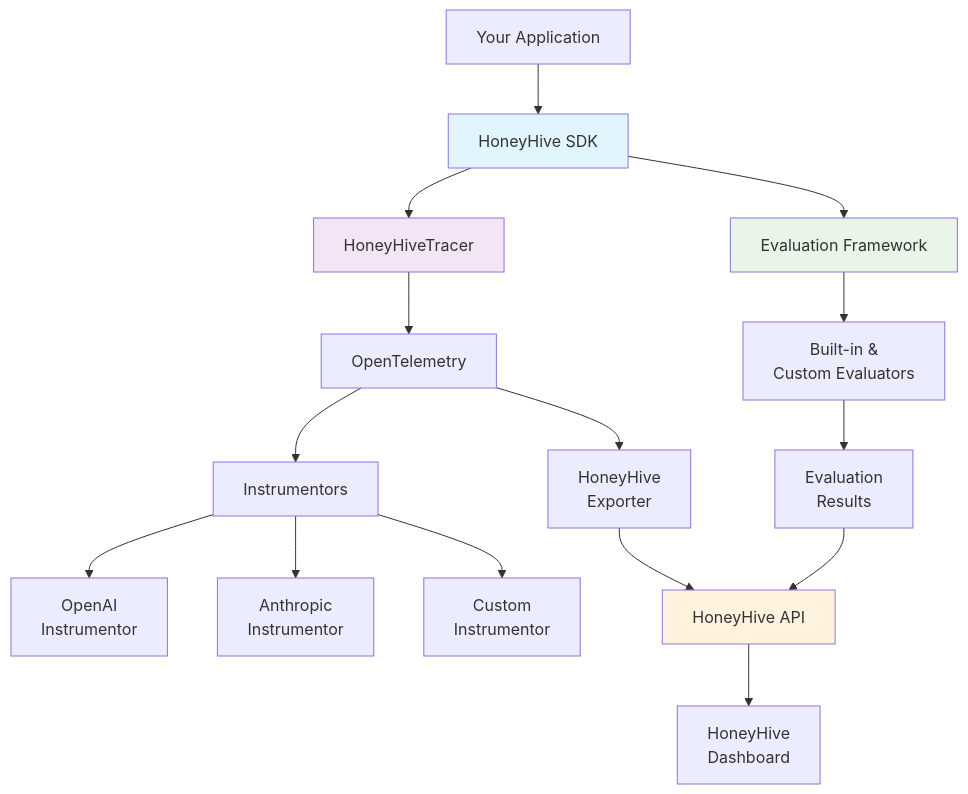
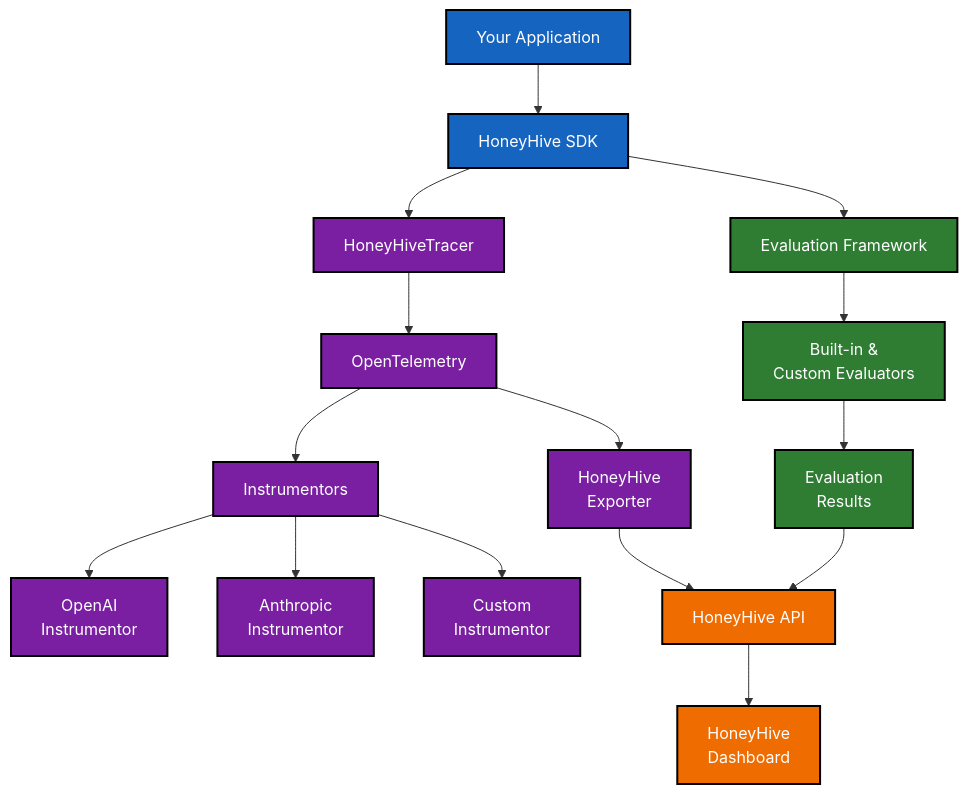
Before and after one commit to honeyhiveai/python-sdk: the first of 15 diagrams in docs/explanation/architecture/diagrams.rst, drawn with Mermaid. The commit also changed other lines of this file and 44 other files, not shown here.

```diff
--- a/docs/explanation/architecture/diagrams.rst
+++ b/docs/explanation/architecture/diagrams.rst
@@ -14,26 +11,33 @@
 .. mermaid::
 
+   %%{init: {'theme':'base', 'themeVariables': {'primaryColor': '#1565c0', 'primaryTextColor': '#ffffff', 'primaryBorderColor': '#000000', 'lineColor': '#333333', 'secondaryColor': '#2e7d32', 'tertiaryColor': '#ef6c00', 'background': 'transparent', 'mainBkg': 'transparent', 'secondBkg': 'transparent', 'nodeBkg': '#1565c0', 'nodeBorder': '#000000', 'clusterBkg': 'transparent', 'clusterBorder': '#000000', 'defaultLinkColor': '#333333', 'titleColor': '#333333', 'edgeLabelBackground': 'transparent', 'nodeTextColor': '#ffffff'}, 'flowchart': {'linkColor': '#333333', 'linkWidth': 2, 'nodeSpacing': 50, 'rankSpacing': 50}}}%%
    graph TB
        App["Your Application"] --> SDK["HoneyHive SDK"]
        SDK --> Tracer["HoneyHiveTracer"]
        SDK --> Eval["Evaluation Framework"]
        
        Tracer --> OTEL["OpenTelemetry"]
        OTEL --> Instrumentors["Instrumentors"]
        
        Instrumentors --> OpenAI["OpenAI<br/>Instrumentor"]
        Instrumentors --> Anthropic["Anthropic<br/>Instrumentor"]
        Instrumentors --> Custom["Custom<br/>Instrumentor"]
        
        OTEL --> Exporter["HoneyHive<br/>Exporter"]
        Exporter --> API["HoneyHive API"]
        API --> Dashboard["HoneyHive<br/>Dashboard"]
        
        Eval --> Evaluators["Built-in &<br/>Custom Evaluators"]
        Evaluators --> Results["Evaluation<br/>Results"]
        Results --> API
        
-       style SDK fill:#e1f5fe
-       style Tracer fill:#f3e5f5
-       style Eval fill:#e8f5e8
-       style API fill:#fff3e0
+       classDef appClass fill:#1565c0,stroke:#000000,stroke-width:2px,color:#ffffff
+       classDef sdkClass fill:#1565c0,stroke:#000000,stroke-width:2px,color:#ffffff
+       classDef tracerClass fill:#7b1fa2,stroke:#000000,stroke-width:2px,color:#ffffff
+       classDef evalClass fill:#2e7d32,stroke:#000000,stroke-width:2px,color:#ffffff
+       classDef apiClass fill:#ef6c00,stroke:#000000,stroke-width:2px,color:#ffffff
+       
+       class App,SDK appClass
+       class Tracer,OTEL,Instrumentors,OpenAI,Anthropic,Custom,Exporter tracerClass
+       class Eval,Evaluators,Results evalClass
+       class API,Dashboard apiClass
```
